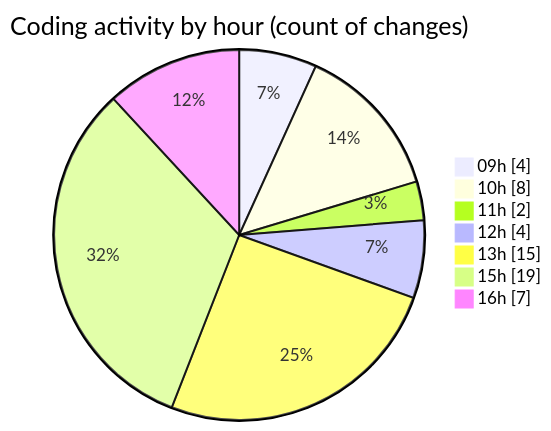
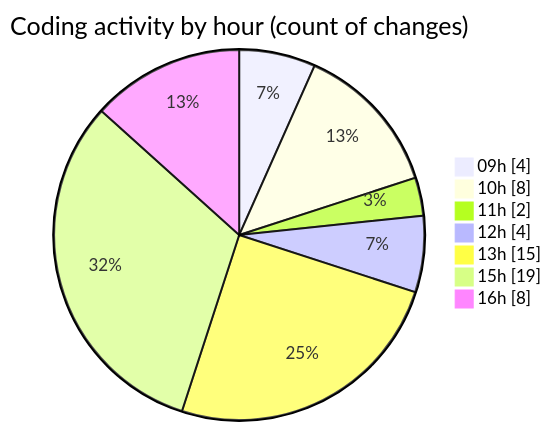
One commit to momahboobian/code-tracking changed the second of 2 diagrams in 2026-06-03/cda/README.md. Above: the diagram before and after it, drawn with Mermaid. The commit also changed other lines of this file and 1 other file, not shown here.

````diff
--- a/2026-06-03/cda/README.md
+++ b/2026-06-03/cda/README.md
@@ -57,11 +58,11 @@
 ```mermaid
 pie showData
 title Coding activity by hour (count of changes)
 "09h" : 4
 "10h" : 8
 "11h" : 2
 "12h" : 4
 "13h" : 15
 "15h" : 19
-"16h" : 7
+"16h" : 8
 ```
````
